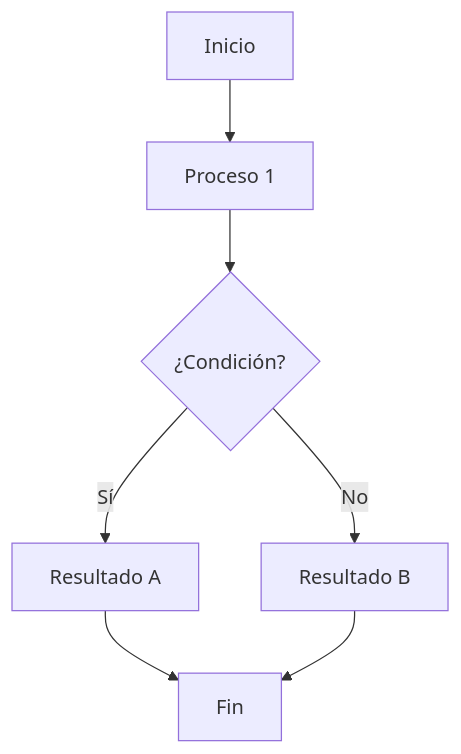
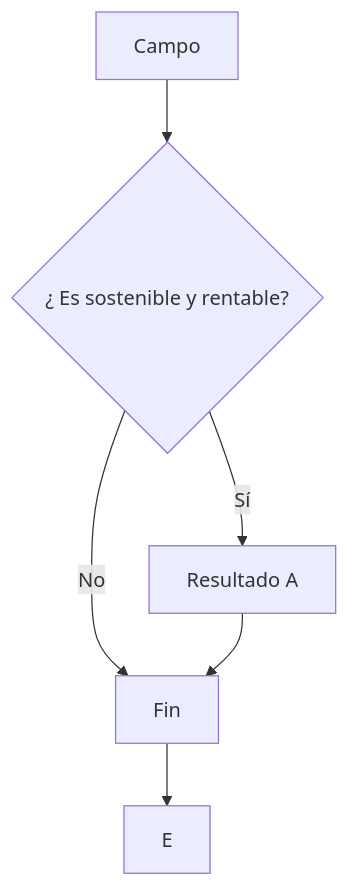
The diagram in README.md (Raderigo/Raderigo), drawn with Mermaid before and after one commit. The commit also changed other lines of this file, not shown here.

````diff
--- a/README.md
+++ b/README.md
@@ -20,9 +21,9 @@
 ```mermaid
 graph TD;
-    A[Inicio] --> B[Proceso 1];
-    B --> C{¿Condición?};
-    C -->|Sí| D[Resultado A];
-    C -->|No| E[Resultado B];
-    D --> F[Fin];
-    E --> F;
+    A[Campo];
+    A --> B{¿ Es sostenible y rentable?};
+    B -->|Sí| C[Resultado A];
+    B -->|No| D[Resultado B];
+    C --> D[Fin];
+    D --> E;
 ```
````
